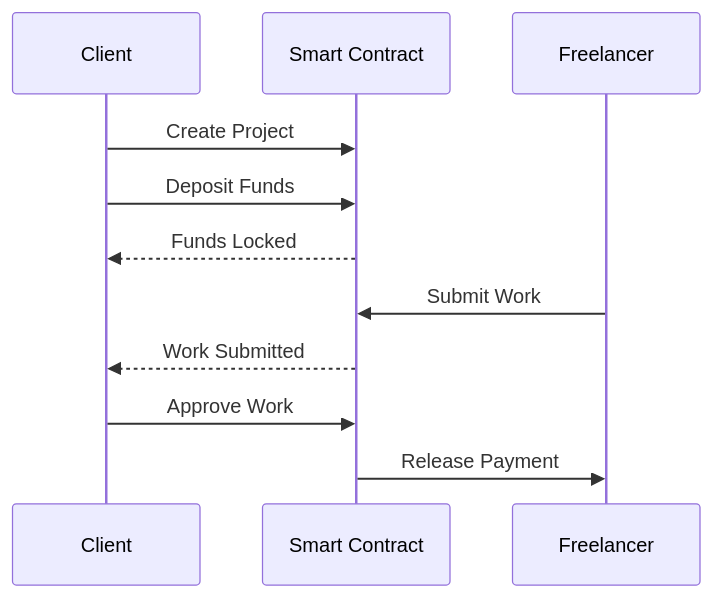
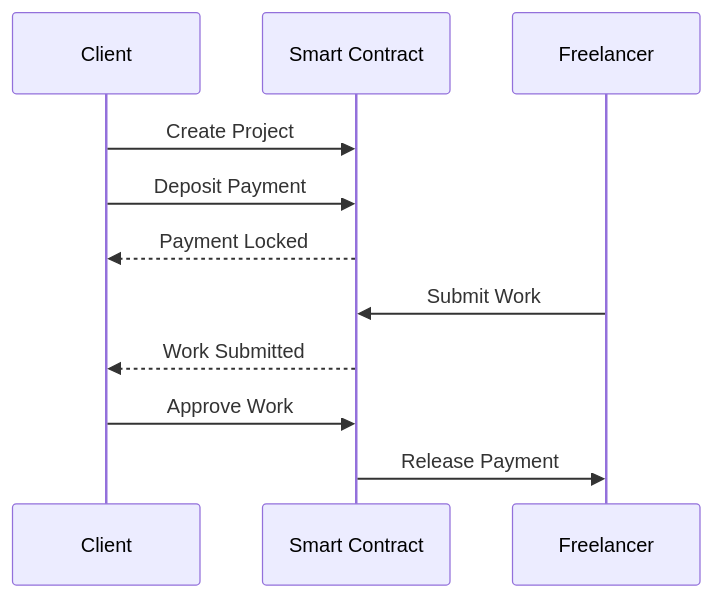
The third of 5 diagrams in README.md (rajshreesinha-23/freelance-vault), drawn with Mermaid before and after one commit. The commit also changed other lines of this file, not shown here.

````diff
--- a/README.md
+++ b/README.md
@@ -43,16 +66,16 @@
 ```mermaid
 sequenceDiagram
     participant C as Client
     participant S as Smart Contract
     participant F as Freelancer
 
     C->>S: Create Project
-    C->>S: Deposit Funds
-    S-->>C: Funds Locked
+    C->>S: Deposit Payment
+    S-->>C: Payment Locked
 
     F->>S: Submit Work
     S-->>C: Work Submitted
 
     C->>S: Approve Work
     S->>F: Release Payment
 ```
````
